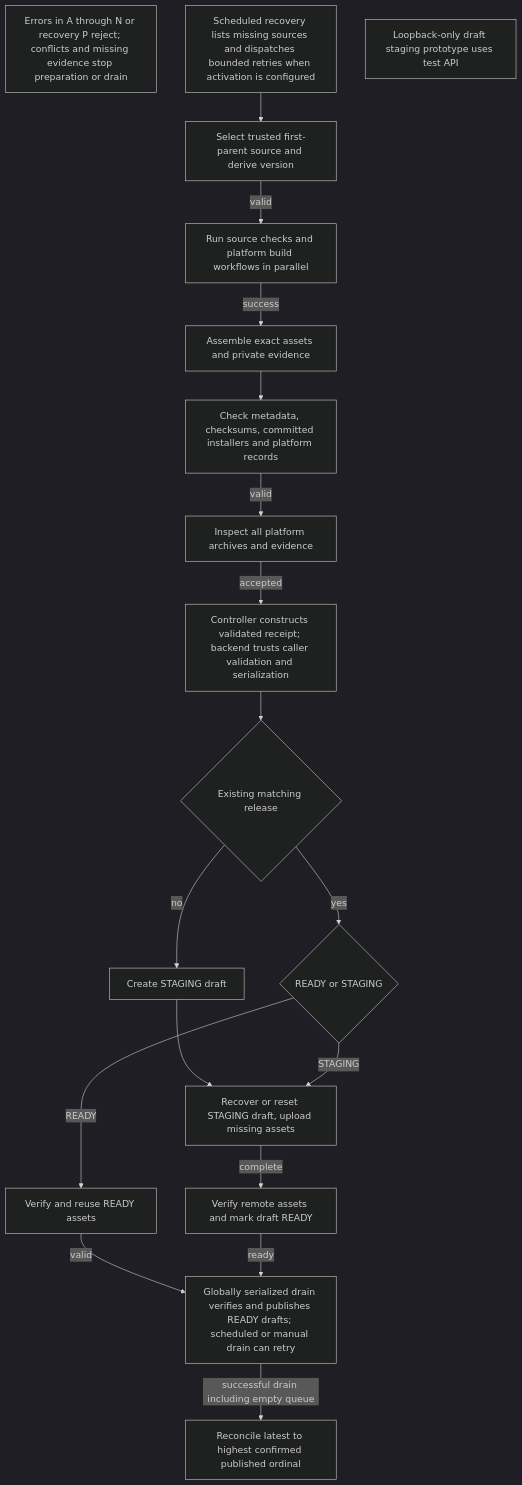
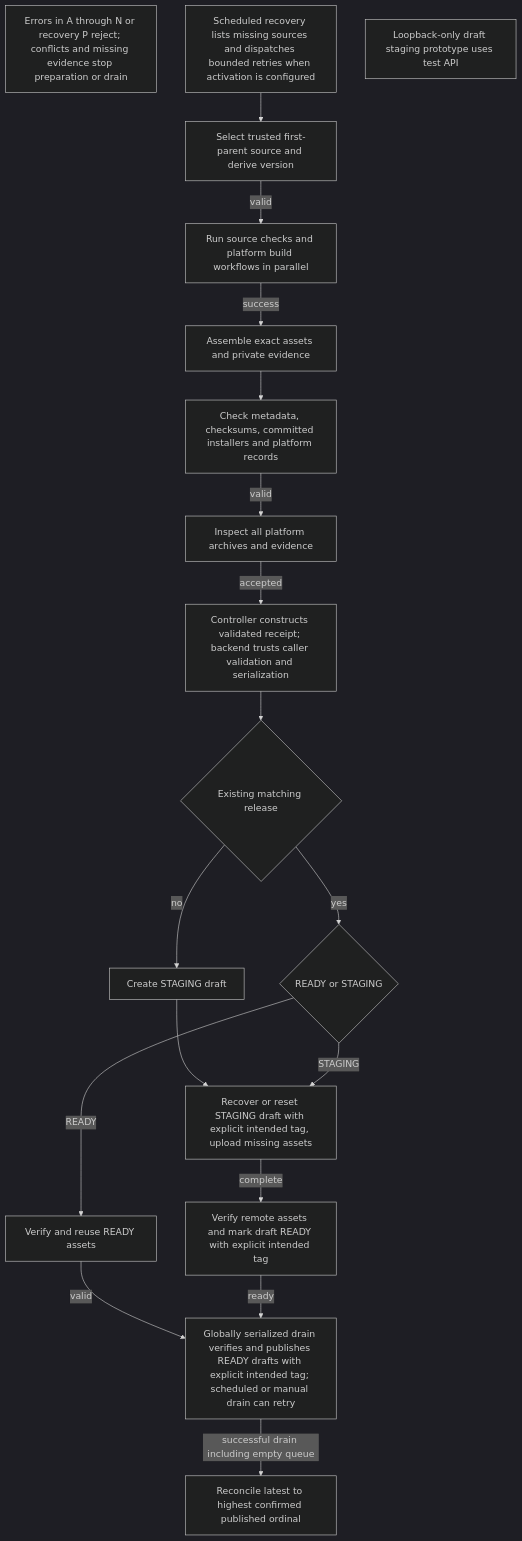
Before and after one commit to KarlSideProjects/hwmonitor-mqtt: the diagram in docs/flows/sender.release-orchestration.mmd, drawn with Mermaid (dark theme). The commit also changed 17 other files, not shown here.

```diff
--- a/docs/flows/sender.release-orchestration.mmd
+++ b/docs/flows/sender.release-orchestration.mmd
@@ -1,34 +1,34 @@
 flowchart TD
     A["Select trusted first-parent source and derive version"]
     B["Run source checks and platform build workflows in parallel"]
     C["Assemble exact assets and private evidence"]
     D["Check metadata, checksums, committed installers and platform records"]
     E["Inspect all platform archives and evidence"]
     F["Controller constructs validated receipt; backend trusts caller validation and serialization"]
     G{"Existing matching release"}
     H["Create STAGING draft"]
     I{"READY or STAGING"}
     J["Verify and reuse READY assets"]
-    K["Recover or reset STAGING draft, upload missing assets"]
-    L["Verify remote assets and mark draft READY"]
-    M["Globally serialized drain verifies and publishes READY drafts; scheduled or manual drain can retry"]
+    K["Recover or reset STAGING draft with explicit intended tag, upload missing assets"]
+    L["Verify remote assets and mark draft READY with explicit intended tag"]
+    M["Globally serialized drain verifies and publishes READY drafts with explicit intended tag; scheduled or manual drain can retry"]
     N["Reconcile latest to highest confirmed published ordinal"]
     O["Errors in A through N or recovery P reject; conflicts and missing evidence stop preparation or drain"]
     P["Scheduled recovery lists missing sources and dispatches bounded retries when activation is configured"]
     Q["Loopback-only draft staging prototype uses test API"]
     A -->|valid| B
     B -->|success| C
     C --> D
     D -->|valid| E
     E -->|accepted| F
     F --> G
     G -->|no| H
     G -->|yes| I
     H --> K
     I -->|READY| J
     I -->|STAGING| K
     J -->|valid| M
     K -->|complete| L
     L -->|ready| M
     M -->|successful drain including empty queue| N
     P --> A
```
